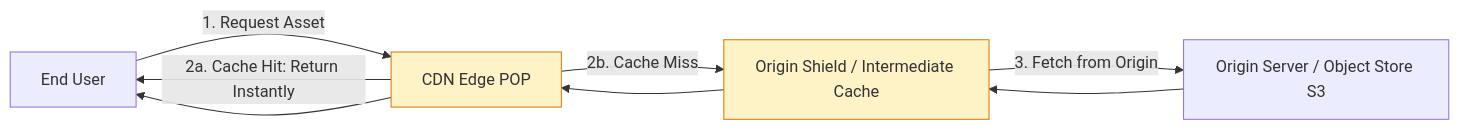
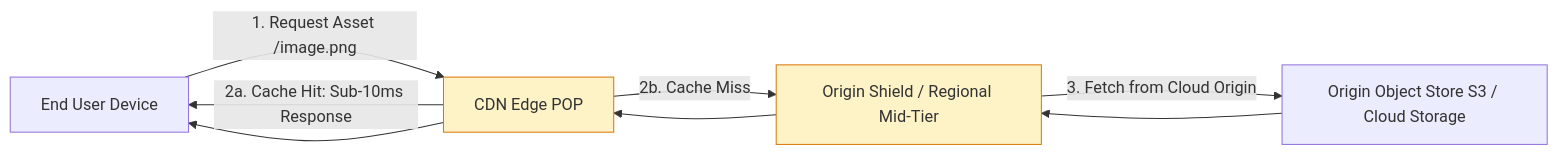
Before and after one commit to kvai9826/system-design-for-program-managers: the fifth of 5 diagrams in 01-foundations/01-client-server-networking.md, drawn with Mermaid. The commit also changed other lines of this file and 30 other files, not shown here.

````diff
--- a/01-foundations/01-client-server-networking.md
+++ b/01-foundations/01-client-server-networking.md
@@ -155,13 +162,13 @@
 ```mermaid
 flowchart LR
-    User[End User] -->|1. Request Asset| POP[CDN Edge POP]
-    POP -->|2a. Cache Hit: Return Instantly| User
-    POP -->|2b. Cache Miss| OriginShield[Origin Shield / Intermediate Cache]
-    OriginShield -->|3. Fetch from Origin| Origin[Origin Server / Object Store S3]
+    User[End User Device] -->|1. Request Asset /image.png| POP[CDN Edge POP]
+    POP -->|2a. Cache Hit: Sub-10ms Response| User
+    POP -->|2b. Cache Miss| OriginShield[Origin Shield / Regional Mid-Tier]
+    OriginShield -->|3. Fetch from Cloud Origin| Origin[Origin Object Store S3 / Cloud Storage]
     Origin --> OriginShield
     OriginShield --> POP
     POP --> User
 
-    classDef cdn fill:#fef3c7,stroke:#d97706,stroke-width:1px;
-    class POP,OriginShield cdn;
+    classDef cdnStyle fill:#fef3c7,stroke:#d97706,stroke-width:1px;
+    class POP,OriginShield cdnStyle;
 ```
````
